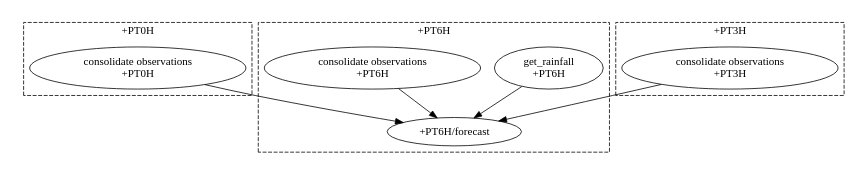
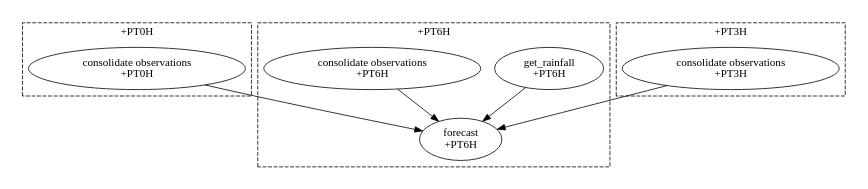
One commit to cylc/cylc-doc changed the second of 5 diagrams in src/tutorial/scheduling/datetime-cycling.rst. Above: the diagram before and after it, drawn with Graphviz. The commit also changed 2 other files, not shown here.

Commit message:
response to review

```diff
--- a/src/tutorial/scheduling/datetime-cycling.rst
+++ b/src/tutorial/scheduling/datetime-cycling.rst
@@ -371,29 +371,29 @@
 .. digraph:: example
    :align: center
 
    size = "7,4"
 
    subgraph cluster_T00 {
        label="+PT0H"
        style="dashed"
        "observations.t00" [label="consolidate observations\n+PT0H"]
    }
 
    subgraph cluster_T03 {
        label="+PT3H"
        style="dashed"
        "observations.t03" [label="consolidate observations\n+PT3H"]
    }
 
    subgraph cluster_T06 {
        label="+PT6H"
        style="dashed"
-       "forecast.t06" [label="+PT6H/forecast"]
+       "forecast.t06" [label="forecast\n+PT6H"]
        "get_rainfall.t06" [label="get_rainfall\n+PT6H"]
        "observations.t06" [label="consolidate observations\n+PT6H"]
    }
 
    "observations.t00" -> "forecast.t06"
    "observations.t03" -> "forecast.t06"
    "observations.t06" -> "forecast.t06"
    "get_rainfall.t06" -> "forecast.t06"
```
